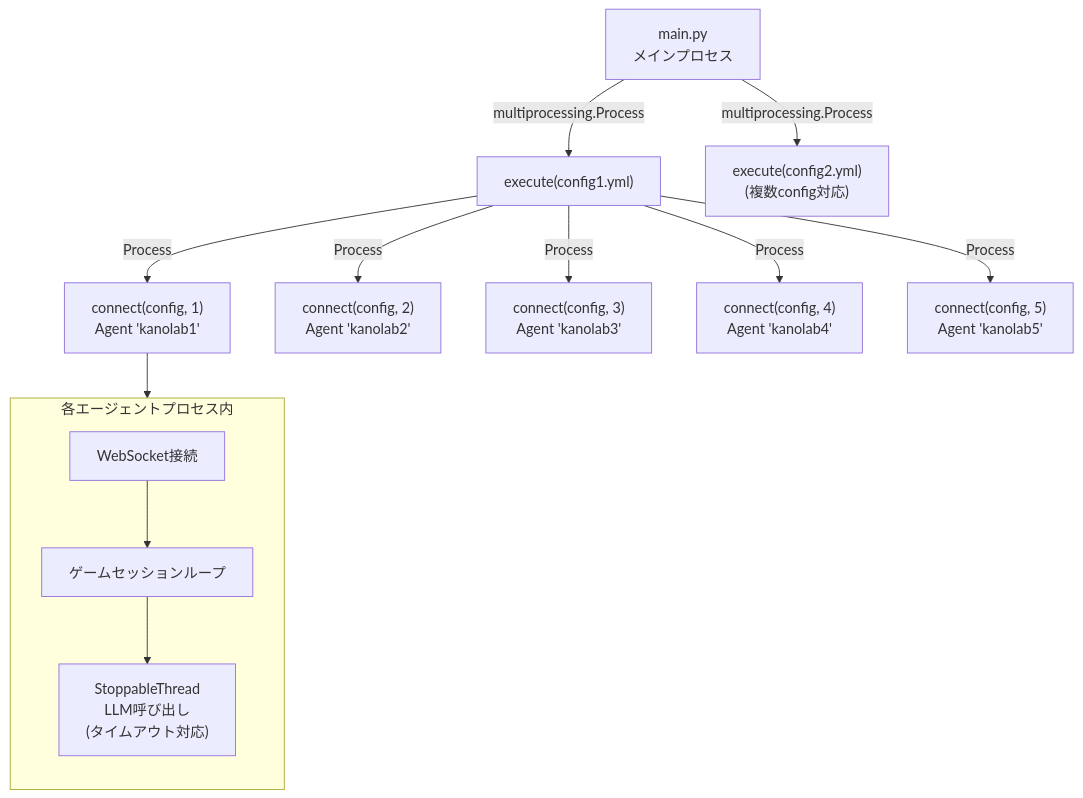
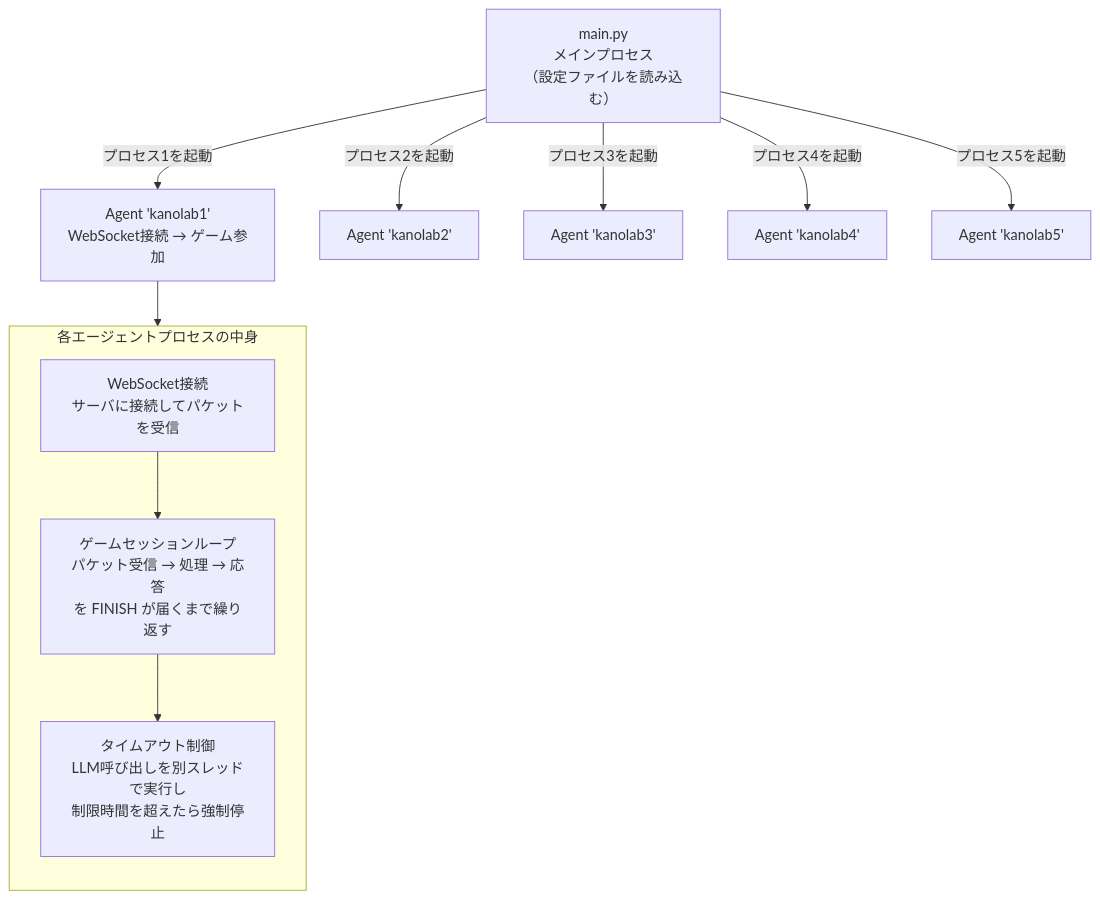
The fourth of 5 diagrams in docs/architecture/agent-architecture.md (iggy157/aiwolf-nlp-systems), drawn with Mermaid before and after one commit. The commit also changed other lines of this file and 2 other files, not shown here.

Commit message:
fix: フロー図修正

````diff
--- a/docs/architecture/agent-architecture.md
+++ b/docs/architecture/agent-architecture.md
@@ -162,23 +199,20 @@
 ```mermaid
 flowchart TD
-    Main["main.py<br/>メインプロセス"]
-    Main -->|"multiprocessing.Process"| E1["execute(config1.yml)"]
-    Main -->|"multiprocessing.Process"| E2["execute(config2.yml)<br/>(複数config対応)"]
+    Main["main.py<br/>メインプロセス<br/>（設定ファイルを読み込む）"]
+    Main -->|"プロセス1を起動"| C1["Agent 'kanolab1'<br/>WebSocket接続 → ゲーム参加"]
+    Main -->|"プロセス2を起動"| C2["Agent 'kanolab2'"]
+    Main -->|"プロセス3を起動"| C3["Agent 'kanolab3'"]
+    Main -->|"プロセス4を起動"| C4["Agent 'kanolab4'"]
+    Main -->|"プロセス5を起動"| C5["Agent 'kanolab5'"]
 
-    E1 -->|"Process"| C1["connect(config, 1)<br/>Agent 'kanolab1'"]
-    E1 -->|"Process"| C2["connect(config, 2)<br/>Agent 'kanolab2'"]
-    E1 -->|"Process"| C3["connect(config, 3)<br/>Agent 'kanolab3'"]
-    E1 -->|"Process"| C4["connect(config, 4)<br/>Agent 'kanolab4'"]
-    E1 -->|"Process"| C5["connect(config, 5)<br/>Agent 'kanolab5'"]
-
-    subgraph "各エージェントプロセス内"
+    subgraph "各エージェントプロセスの中身"
         direction TB
-        WS["WebSocket接続"]
-        Loop["ゲームセッションループ"]
-        Thread["StoppableThread<br/>LLM呼び出し<br/>(タイムアウト対応)"]
+        WS["WebSocket接続<br/>サーバに接続してパケットを受信"]
+        Loop["ゲームセッションループ<br/>パケット受信 → 処理 → 応答<br/>を FINISH が届くまで繰り返す"]
+        Thread["タイムアウト制御<br/>LLM呼び出しを別スレッドで実行し<br/>制限時間を超えたら強制停止"]
 
         WS --> Loop --> Thread
     end
 
     C1 --> WS
 ```
````
